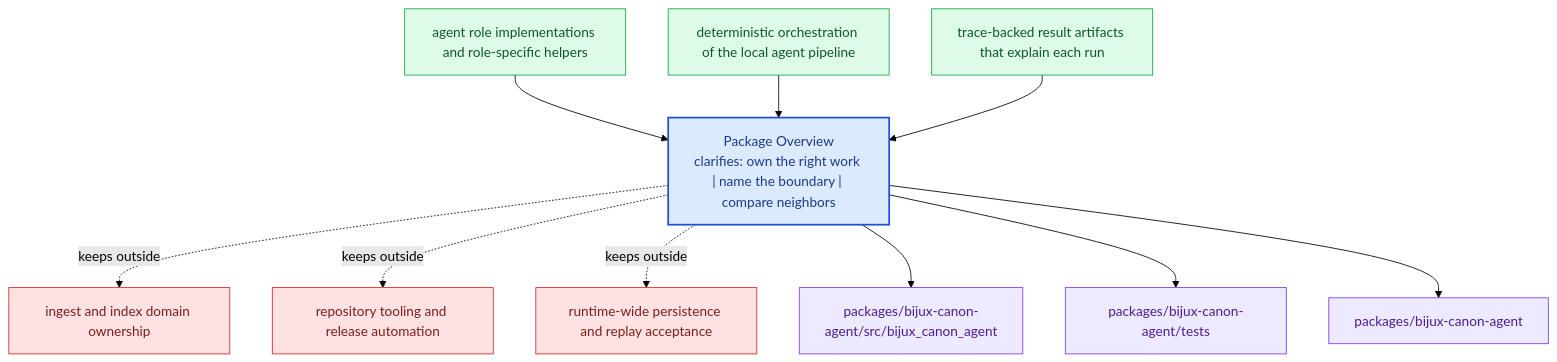
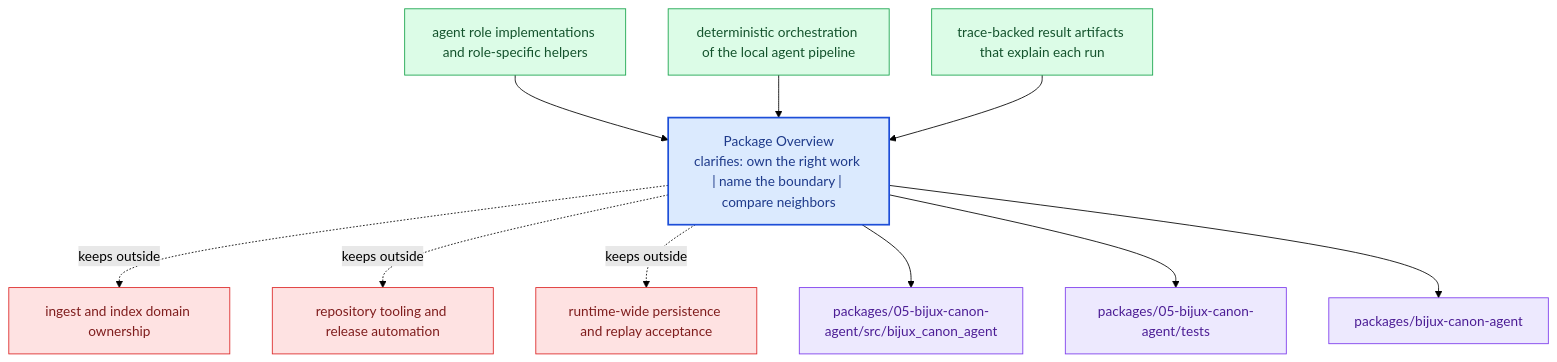
One commit to bijux/bijux-canon changed the diagram in docs/05-bijux-canon-agent/foundation/package-overview.md. Above: the diagram before and after it, drawn with Mermaid (forest theme). The commit also changed other lines of this file and 167 other files, not shown here.

````diff
--- a/docs/05-bijux-canon-agent/foundation/package-overview.md
+++ b/docs/05-bijux-canon-agent/foundation/package-overview.md
@@ -23,31 +23,31 @@
 ```mermaid
 flowchart TB
     page["Package Overview<br/>clarifies: own the right work | name the boundary | compare neighbors"]
     classDef page fill:#dbeafe,stroke:#1d4ed8,color:#1e3a8a,stroke-width:2px;
     classDef positive fill:#dcfce7,stroke:#16a34a,color:#14532d;
     classDef caution fill:#fee2e2,stroke:#dc2626,color:#7f1d1d;
     classDef anchor fill:#ede9fe,stroke:#7c3aed,color:#4c1d95;
     classDef action fill:#fef3c7,stroke:#d97706,color:#7c2d12;
     own1["agent role implementations and role-specific helpers"]
     own1 --> page
     own2["deterministic orchestration of the local agent pipeline"]
     own2 --> page
     own3["trace-backed result artifacts that explain each run"]
     own3 --> page
     limit1["ingest and index domain ownership"]
     page -.keeps outside.-> limit1
     limit2["repository tooling and release automation"]
     page -.keeps outside.-> limit2
     limit3["runtime-wide persistence and replay acceptance"]
     page -.keeps outside.-> limit3
-    anchor1["packages/bijux-canon-agent/src/bijux_canon_agent"]
+    anchor1["packages/05-bijux-canon-agent/src/bijux_canon_agent"]
     page --> anchor1
-    anchor2["packages/bijux-canon-agent/tests"]
+    anchor2["packages/05-bijux-canon-agent/tests"]
     page --> anchor2
     anchor3["packages/bijux-canon-agent"]
     page --> anchor3
     class page page;
     class own1,own2,own3 positive;
     class limit1,limit2,limit3 caution;
     class anchor1,anchor2,anchor3 anchor;
 ```
````
